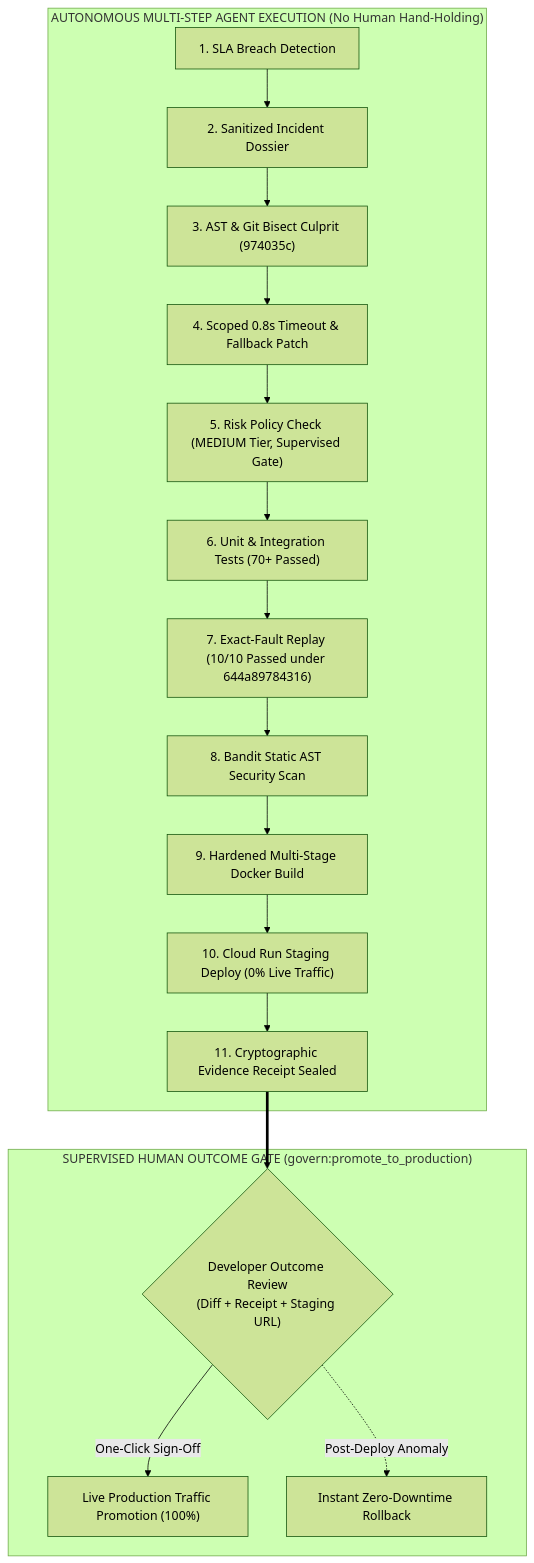
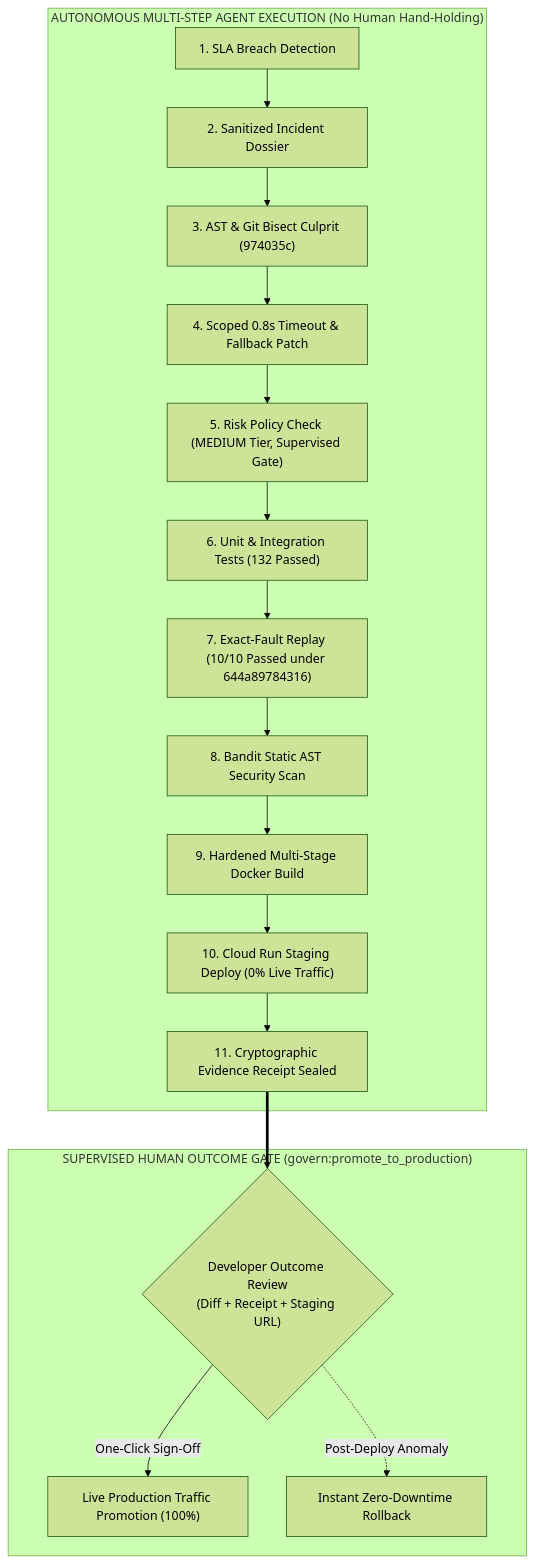
The first of 2 diagrams in README.md (rajpriyanid-creator/faultforge), drawn with Mermaid (forest theme) before and after one commit. The commit also changed other lines of this file and 30 other files, not shown here.

````diff
--- a/README.md
+++ b/README.md
@@ -55,21 +55,21 @@
 ```mermaid
 flowchart TD
     subgraph AutonomousExecution["AUTONOMOUS MULTI-STEP AGENT EXECUTION (No Human Hand-Holding)"]
         G1["1. SLA Breach Detection"] --> G2["2. Sanitized Incident Dossier"]
         G2 --> G3["3. AST & Git Bisect Culprit (974035c)"]
         G3 --> G4["4. Scoped 0.8s Timeout & Fallback Patch"]
         G4 --> G5["5. Risk Policy Check (MEDIUM Tier, Supervised Gate)"]
-        G5 --> G6["6. Unit & Integration Tests (70+ Passed)"]
+        G5 --> G6["6. Unit & Integration Tests (132 Passed)"]
         G6 --> G7["7. Exact-Fault Replay (10/10 Passed under 644a89784316)"]
         G7 --> G8["8. Bandit Static AST Security Scan"]
         G8 --> G9["9. Hardened Multi-Stage Docker Build"]
         G9 --> G10["10. Cloud Run Staging Deploy (0% Live Traffic)"]
         G10 --> G11["11. Cryptographic Evidence Receipt Sealed"]
     end
 
     subgraph SupervisedGate["SUPERVISED HUMAN OUTCOME GATE (govern:promote_to_production)"]
         G11 ==> H{"Developer Outcome Review<br/>(Diff + Receipt + Staging URL)"}
         H -->|One-Click Sign-Off| P["Live Production Traffic Promotion (100%)"]
         H -.->|Post-Deploy Anomaly| R["Instant Zero-Downtime Rollback"]
     end
 ```
````
